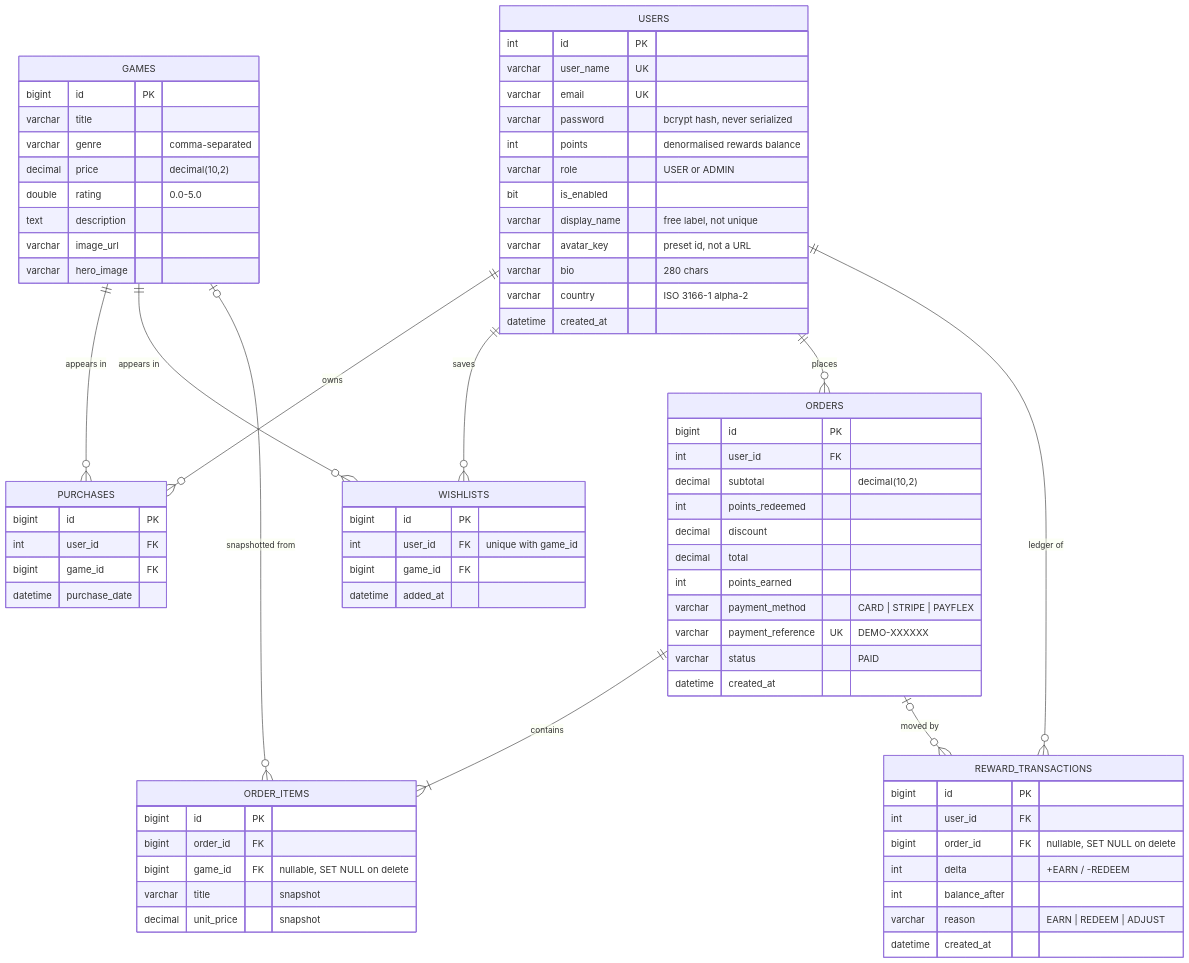
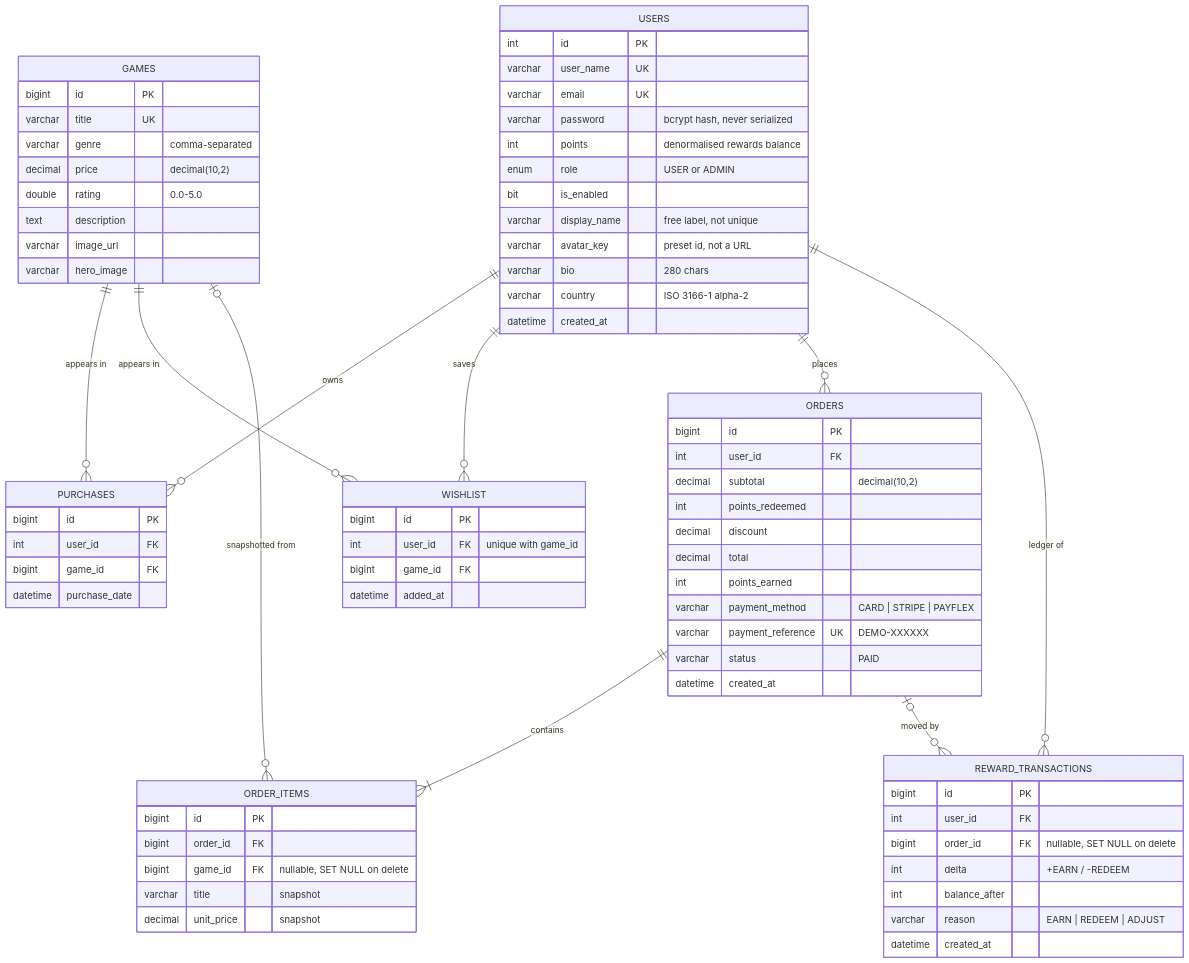
The second of 2 diagrams in README.md (Robotbino/gameStore-backend), drawn with Mermaid before and after one commit. The commit also changed other lines of this file, not shown here.

````diff
--- a/README.md
+++ b/README.md
@@ -517,78 +679,78 @@
 ```mermaid
 erDiagram
     USERS ||--o{ PURCHASES : owns
     GAMES ||--o{ PURCHASES : "appears in"
-    USERS ||--o{ WISHLISTS : saves
-    GAMES ||--o{ WISHLISTS : "appears in"
+    USERS ||--o{ WISHLIST : saves
+    GAMES ||--o{ WISHLIST : "appears in"
     USERS ||--o{ ORDERS : places
     ORDERS ||--|{ ORDER_ITEMS : contains
     GAMES |o--o{ ORDER_ITEMS : "snapshotted from"
     USERS ||--o{ REWARD_TRANSACTIONS : "ledger of"
     ORDERS |o--o{ REWARD_TRANSACTIONS : "moved by"
 
     USERS {
         int id PK
         varchar user_name UK
         varchar email UK
         varchar password "bcrypt hash, never serialized"
         int points "denormalised rewards balance"
-        varchar role "USER or ADMIN"
+        enum role "USER or ADMIN"
         bit is_enabled
         varchar display_name "free label, not unique"
         varchar avatar_key "preset id, not a URL"
         varchar bio "280 chars"
         varchar country "ISO 3166-1 alpha-2"
         datetime created_at
     }
     GAMES {
         bigint id PK
-        varchar title
+        varchar title UK
         varchar genre "comma-separated"
         decimal price "decimal(10,2)"
         double rating "0.0-5.0"
         text description
         varchar image_url
         varchar hero_image
     }
     PURCHASES {
         bigint id PK
         int user_id FK
         bigint game_id FK
         datetime purchase_date
     }
-    WISHLISTS {
+    WISHLIST {
         bigint id PK
         int user_id FK "unique with game_id"
         bigint game_id FK
         datetime added_at
     }
     ORDERS {
         bigint id PK
         int user_id FK
         decimal subtotal "decimal(10,2)"
         int points_redeemed
         decimal discount
         decimal total
         int points_earned
         varchar payment_method "CARD | STRIPE | PAYFLEX"
         varchar payment_reference UK "DEMO-XXXXXX"
         varchar status "PAID"
         datetime created_at
     }
     ORDER_ITEMS {
         bigint id PK
         bigint order_id FK
         bigint game_id FK "nullable, SET NULL on delete"
         varchar title "snapshot"
         decimal unit_price "snapshot"
     }
     REWARD_TRANSACTIONS {
         bigint id PK
         int user_id FK
         bigint order_id FK "nullable, SET NULL on delete"
         int delta "+EARN / -REDEEM"
         int balance_after
         varchar reason "EARN | REDEEM | ADJUST"
         datetime created_at
     }
 ```
````
